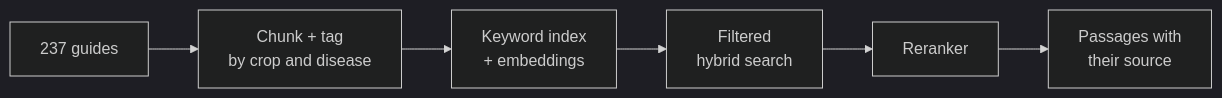
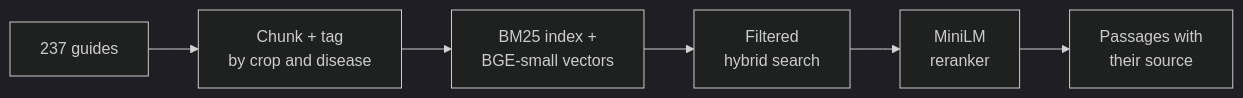
The fifth of 10 diagrams in README.md (aakashksen/sprout), drawn with Mermaid (dark theme) before and after one commit. The commit also changed other lines of this file and 15 other files, not shown here.

````diff
--- a/README.md
+++ b/README.md
@@ -104,8 +139,8 @@
 ```mermaid
 flowchart LR
     G["237 guides"] --> C["Chunk + tag<br/>by crop and disease"]
-    C --> I["Keyword index<br/>+ embeddings"]
+    C --> I["BM25 index +<br/>BGE-small vectors"]
     I --> F["Filtered<br/>hybrid search"]
-    F --> R["Reranker"]
+    F --> R["MiniLM<br/>reranker"]
     R --> P["Passages with<br/>their source"]
 ```
````
